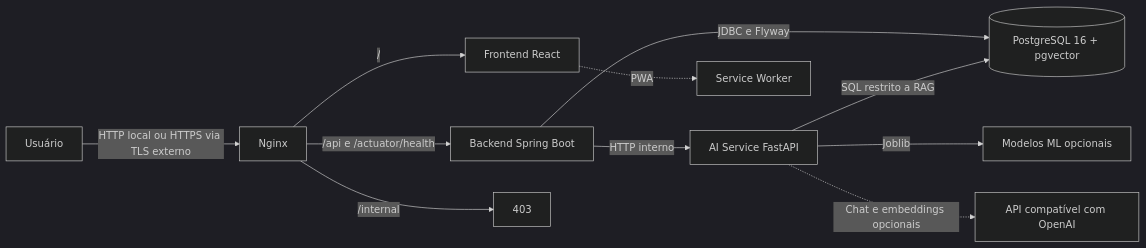
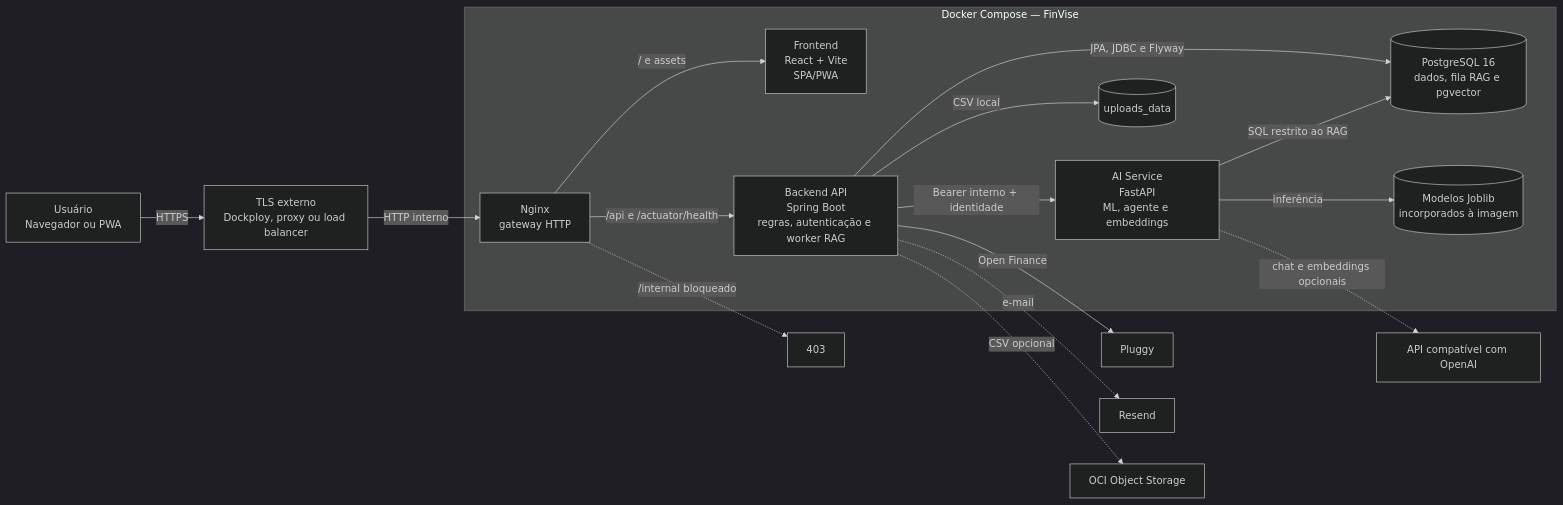
The diagram in docs/diagrams/architecture.mmd (No-Country-simulation/G9-BR-Team-17-FinVise), drawn with Mermaid (dark theme) before and after one commit. The commit also changed 8 other files, not shown here.

Commit message:
docs: atualiza diagrama e arquitetura

```diff
--- a/docs/diagrams/architecture.mmd
+++ b/docs/diagrams/architecture.mmd
@@ -1,11 +1,27 @@
-graph LR
-    U[Usuário] -->|HTTP local ou HTTPS via TLS externo| N[Nginx]
-    N -->|/| F[Frontend React]
-    N -->|/api e /actuator/health| B[Backend Spring Boot]
-    N -->|/internal| X[403]
-    B -->|HTTP interno| A[AI Service FastAPI]
-    B -->|JDBC e Flyway| P[(PostgreSQL 16 + pgvector)]
-    A -->|SQL restrito a RAG| P
-    A -->|Joblib| M[Modelos ML opcionais]
-    A -.->|Chat e embeddings opcionais| L[API compatível com OpenAI]
-    F -.->|PWA| C[Service Worker]
+flowchart LR
+    U["Usuário<br/>Navegador ou PWA"] -->|HTTPS| TLS["TLS externo<br/>Dockploy, proxy ou load balancer"]
+
+    subgraph FINVISE["Docker Compose — FinVise"]
+        N["Nginx<br/>gateway HTTP"]
+        F["Frontend<br/>React + Vite<br/>SPA/PWA"]
+        B["Backend API<br/>Spring Boot<br/>regras, autenticação e worker RAG"]
+        A["AI Service<br/>FastAPI<br/>ML, agente e embeddings"]
+        DB[("PostgreSQL 16<br/>dados, fila RAG e pgvector")]
+        UP[("uploads_data")]
+        ML[("Modelos Joblib<br/>incorporados à imagem")]
+
+        N -->|/ e assets| F
+        N -->|/api e /actuator/health| B
+        B -->|JPA, JDBC e Flyway| DB
+        B -->|Bearer interno + identidade| A
+        A -->|SQL restrito ao RAG| DB
+        B -->|CSV local| UP
+        A -->|inferência| ML
+    end
+
+    TLS -->|HTTP interno| N
+    N -.->|/internal bloqueado| DENY[403]
+    B -->|Open Finance| PLUGGY[Pluggy]
+    B -.->|e-mail| RESEND[Resend]
+    B -.->|CSV opcional| OCI[OCI Object Storage]
+    A -.->|chat e embeddings opcionais| LLM[API compatível com OpenAI]
```
